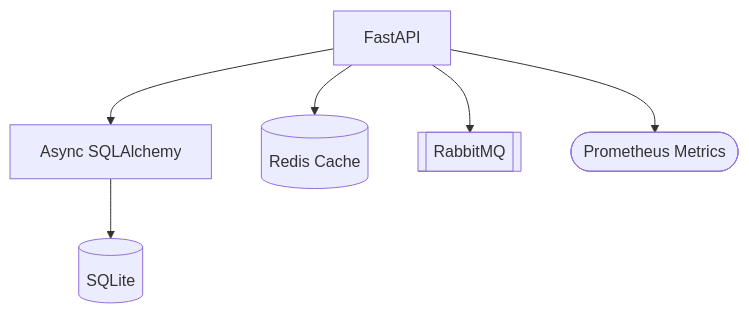
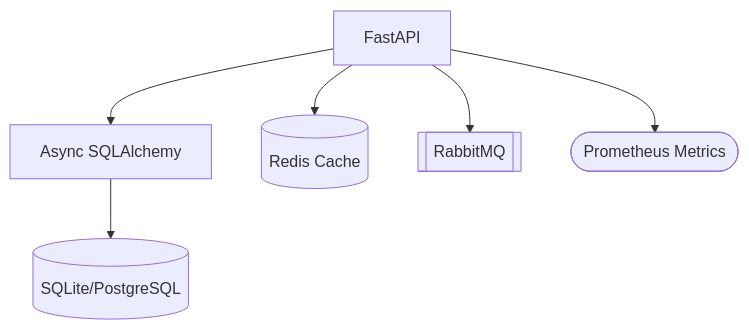
The diagram in README.md (SBOLife/iam), drawn with Mermaid before and after one commit. The commit also changed other lines of this file, not shown here.

`````diff
--- a/README.md
+++ b/README.md
@@ -23,8 +45,8 @@
 ```mermaid
 graph TD
     A[FastAPI] --> B[Async SQLAlchemy]
-    B --> C[(SQLite)]
+    B --> C[(SQLite/PostgreSQL)]
     A --> D[(Redis Cache)]
     A --> E[[RabbitMQ]]
     A --> F([Prometheus Metrics])
-````
+```
`````
